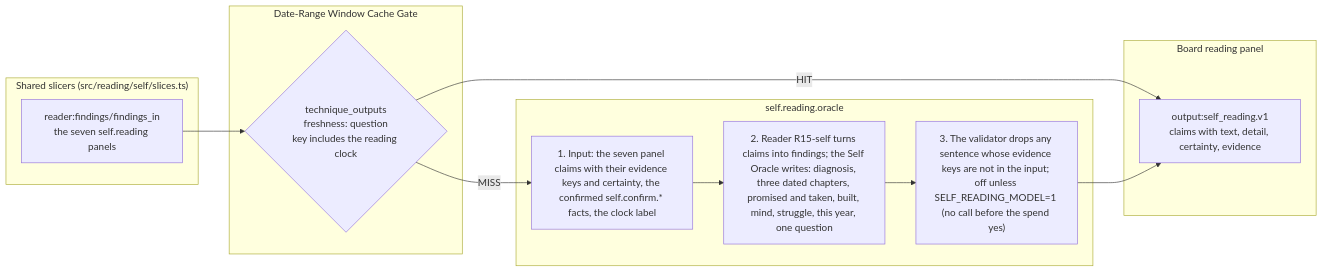
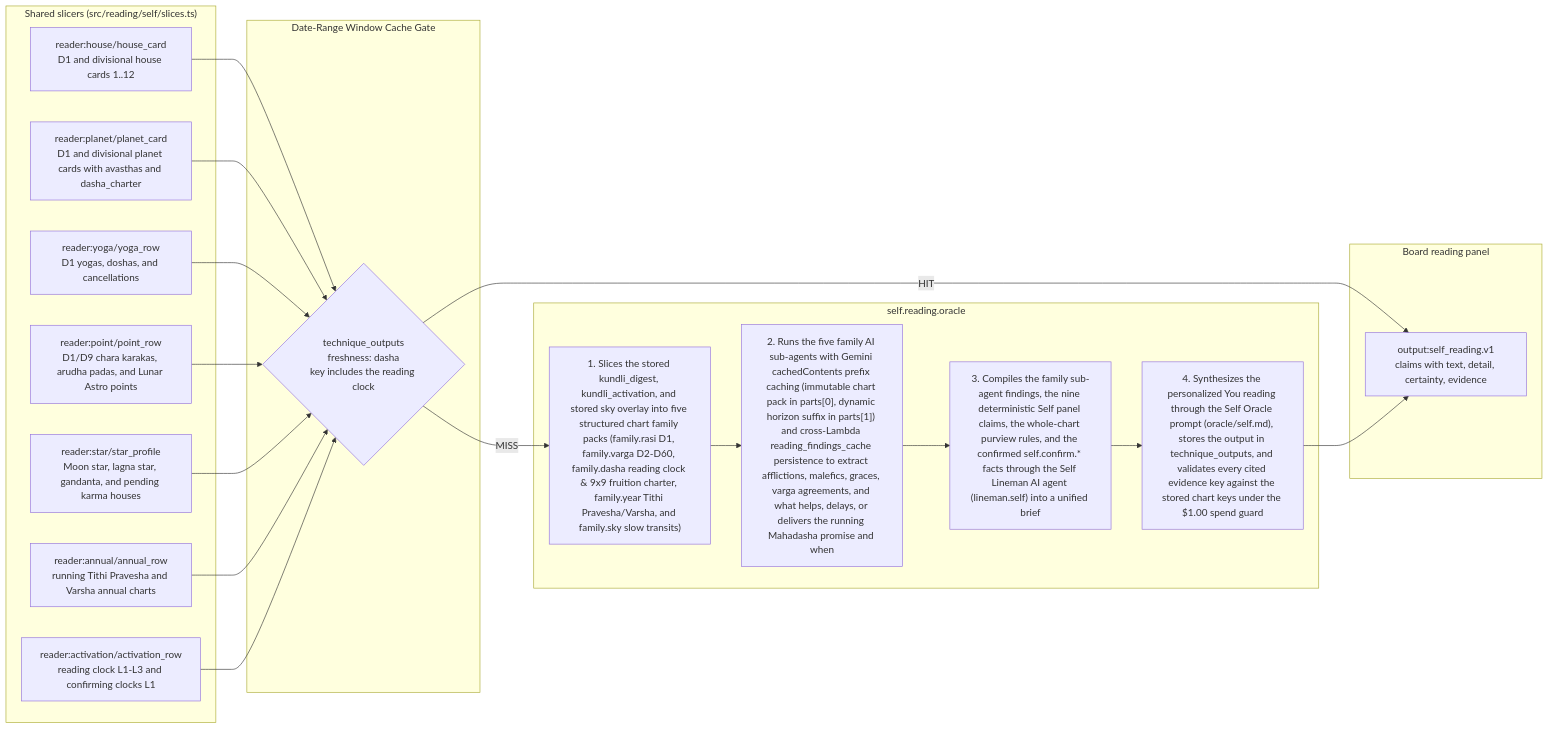
Diagram 25 of 25 in docs/techniques/03-self-board-illustrations.md (sachinm/AIAstraServer), drawn with Mermaid before and after one commit. The commit also changed other lines of this file and 24 other files, not shown here.

Commit message:
feat(reading): build love.reading.* and work.reading.* panels, shared family.* cache reuse, admin lab wiring, and 10-person benchmark

````diff
--- a/docs/techniques/03-self-board-illustrations.md
+++ b/docs/techniques/03-self-board-illustrations.md
@@ -1052,22 +1054,29 @@
 ```mermaid
 flowchart LR
     subgraph Inputs["Shared slicers (src/reading/self/slices.ts)"]
-        I1["reader:findings/findings_in<br/>the seven self.reading panels"]
+        I1["reader:house/house_card<br/>D1 and divisional house cards 1..12"]
+        I2["reader:planet/planet_card<br/>D1 and divisional planet cards with avasthas and dasha_charter"]
+        I3["reader:yoga/yoga_row<br/>D1 yogas, doshas, and cancellations"]
+        I4["reader:point/point_row<br/>D1/D9 chara karakas, arudha padas, and Lunar Astro points"]
+        I5["reader:star/star_profile<br/>Moon star, lagna star, gandanta, and pending karma houses"]
+        I6["reader:annual/annual_row<br/>running Tithi Pravesha and Varsha annual charts"]
+        I7["reader:activation/activation_row<br/>reading clock L1-L3 and confirming clocks L1"]
     end
     subgraph CacheGate["Date-Range Window Cache Gate"]
-        GATE{"technique_outputs<br/>freshness: question<br/>key includes the reading clock"}
+        GATE{"technique_outputs<br/>freshness: dasha<br/>key includes the reading clock"}
     end
     subgraph Steps["self.reading.oracle"]
-        S1["1. Input: the seven panel claims with their evidence keys and certainty, the confirmed self.confirm.* facts, the clock label"]
-        S2["2. Reader R15-self turns claims into findings; the Self Oracle writes: diagnosis, three dated chapters, promised and taken, built, mind, struggle, this year, one question"]
-        S3["3. The validator drops any sentence whose evidence keys are not in the input; off unless SELF_READING_MODEL=1 (no call before the spend yes)"]
-        S1 --> S2 --> S3
+        S1["1. Slices the stored kundli_digest, kundli_activation, and stored sky overlay into five structured chart family packs (family.rasi D1, family.varga D2-D60, family.dasha reading clock & 9x9 fruition charter, family.year Tithi Pravesha/Varsha, and family.sky slow transits)"]
+        S2["2. Runs the five family AI sub-agents with Gemini cachedContents prefix caching (immutable chart pack in parts[0], dynamic horizon suffix in parts[1]) and cross-Lambda reading_findings_cache persistence to extract afflictions, malefics, graces, varga agreements, and what helps, delays, or delivers the running Mahadasha promise and when"]
+        S3["3. Compiles the family sub-agent findings, the nine deterministic Self panel claims, the whole-chart purview rules, and the confirmed self.confirm.* facts through the Self Lineman AI agent (lineman.self) into a unified brief"]
+        S4["4. Synthesizes the personalized You reading through the Self Oracle prompt (oracle/self.md), stores the output in technique_outputs, and validates every cited evidence key against the stored chart keys under the $1.00 spend guard"]
+        S1 --> S2 --> S3 --> S4
     end
     subgraph Output["Board reading panel"]
         OUT["output:self_reading.v1<br/>claims with text, detail, certainty, evidence"]
     end
-    I1 --> GATE
+    I1 & I2 & I3 & I4 & I5 & I6 & I7 --> GATE
     GATE -->|"HIT"| OUT
     GATE -->|"MISS"| S1
-    S3 --> OUT
+    S4 --> OUT
 ```
````
